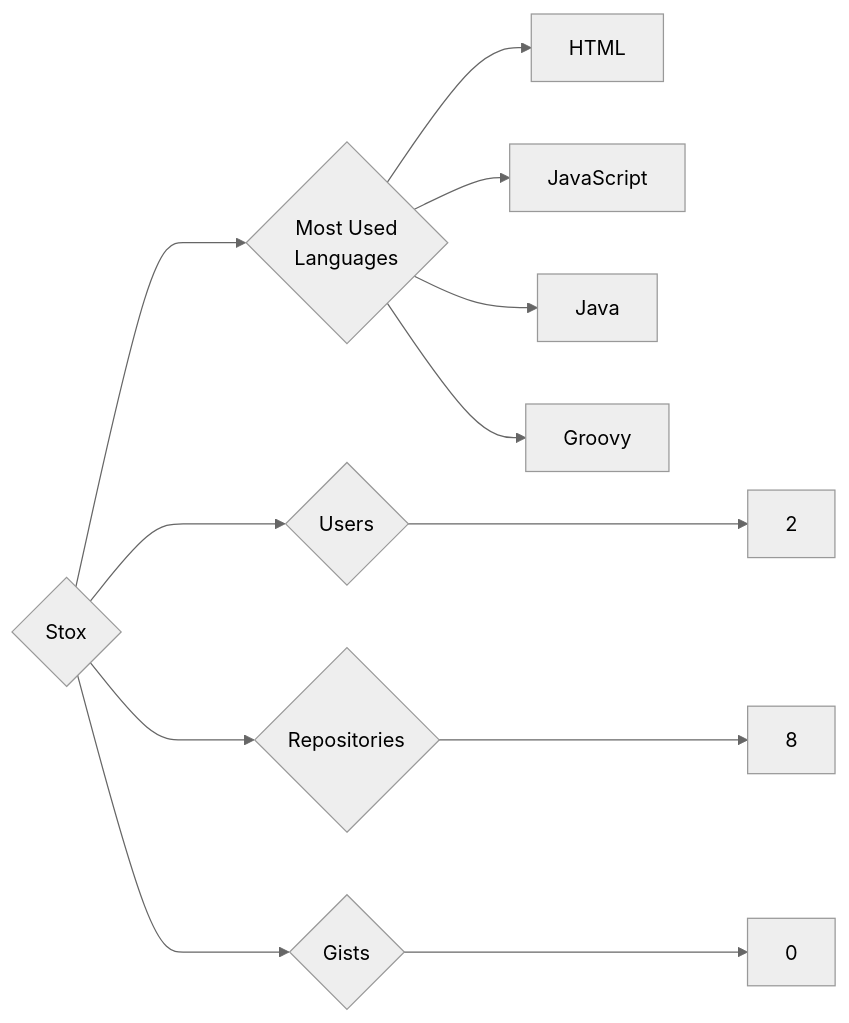
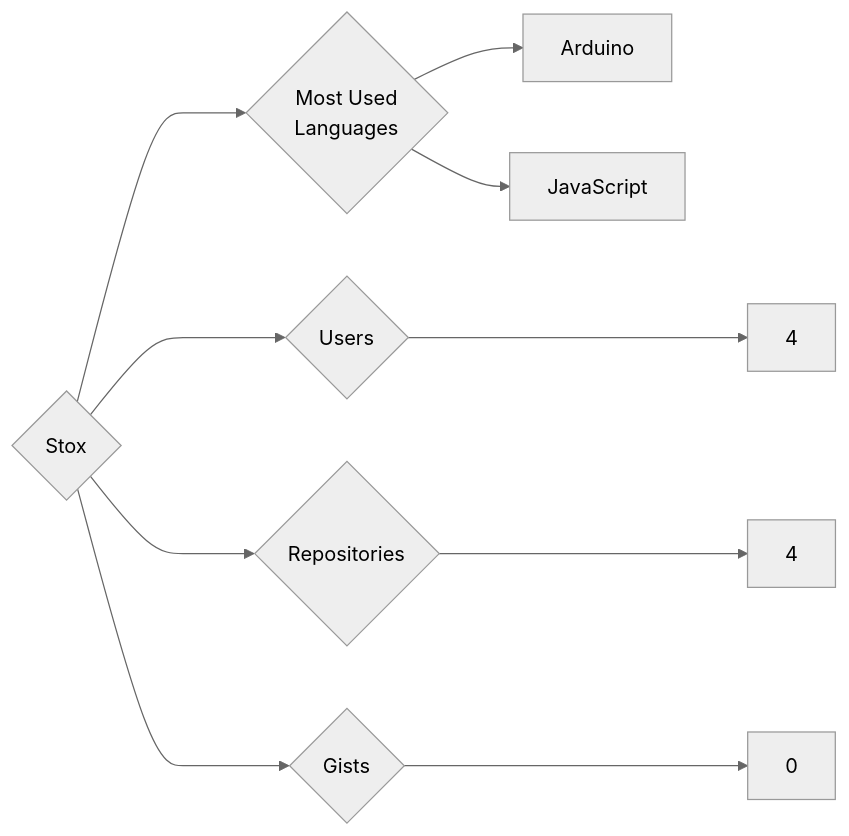
The diagram in targets/Stox/README.md (trickest/insiders), drawn with Mermaid (neutral theme) before and after one commit. The commit also changed 940 other files, not shown here.

````diff
--- a/targets/Stox/README.md
+++ b/targets/Stox/README.md
@@ -3,12 +3,10 @@
 ```mermaid
 graph LR
 COMPANY_NAME{Stox}
-COMPANY_NAME ---> U{Users} ---> UN[2]
-COMPANY_NAME ---> R{Repositories} ---> RN[8]
+COMPANY_NAME ---> U{Users} ---> UN[4]
+COMPANY_NAME ---> R{Repositories} ---> RN[4]
 COMPANY_NAME ---> G{Gists} ---> GN[0]
 COMPANY_NAME ---> ML{Most Used<br>Languages}
-ML --> HTML[HTML]
+ML --> Arduino[Arduino]
 ML --> JavaScript[JavaScript]
-ML --> Java[Java]
-ML --> Groovy[Groovy]
 ```
````
